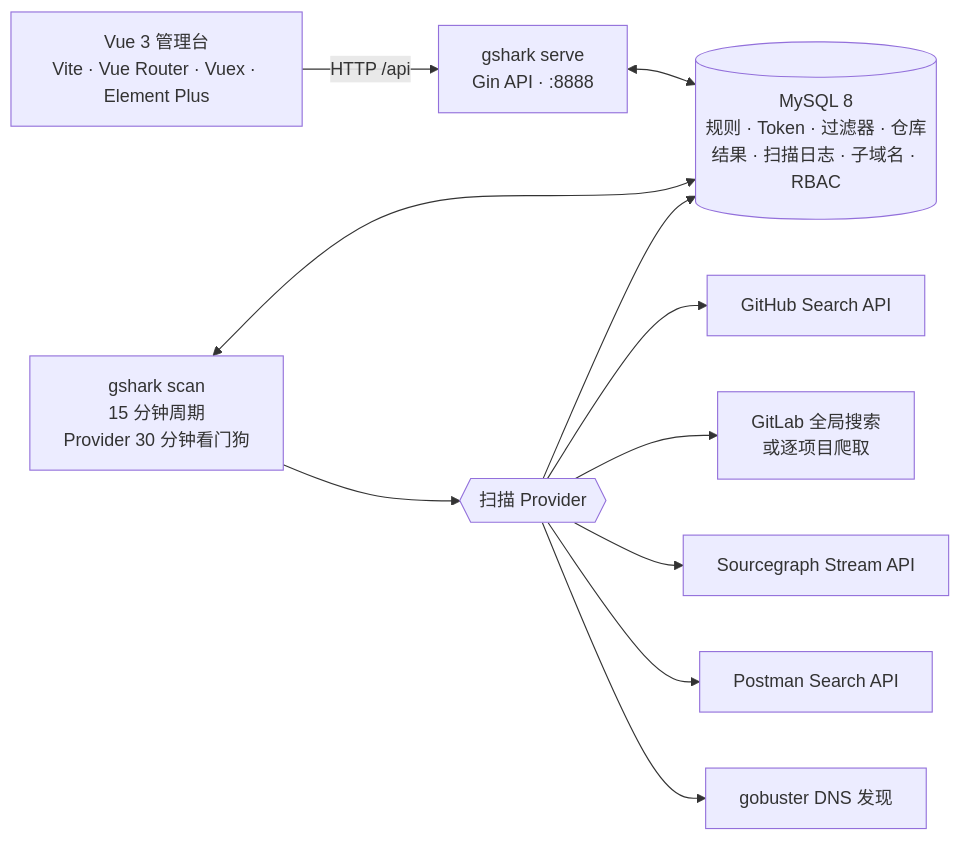
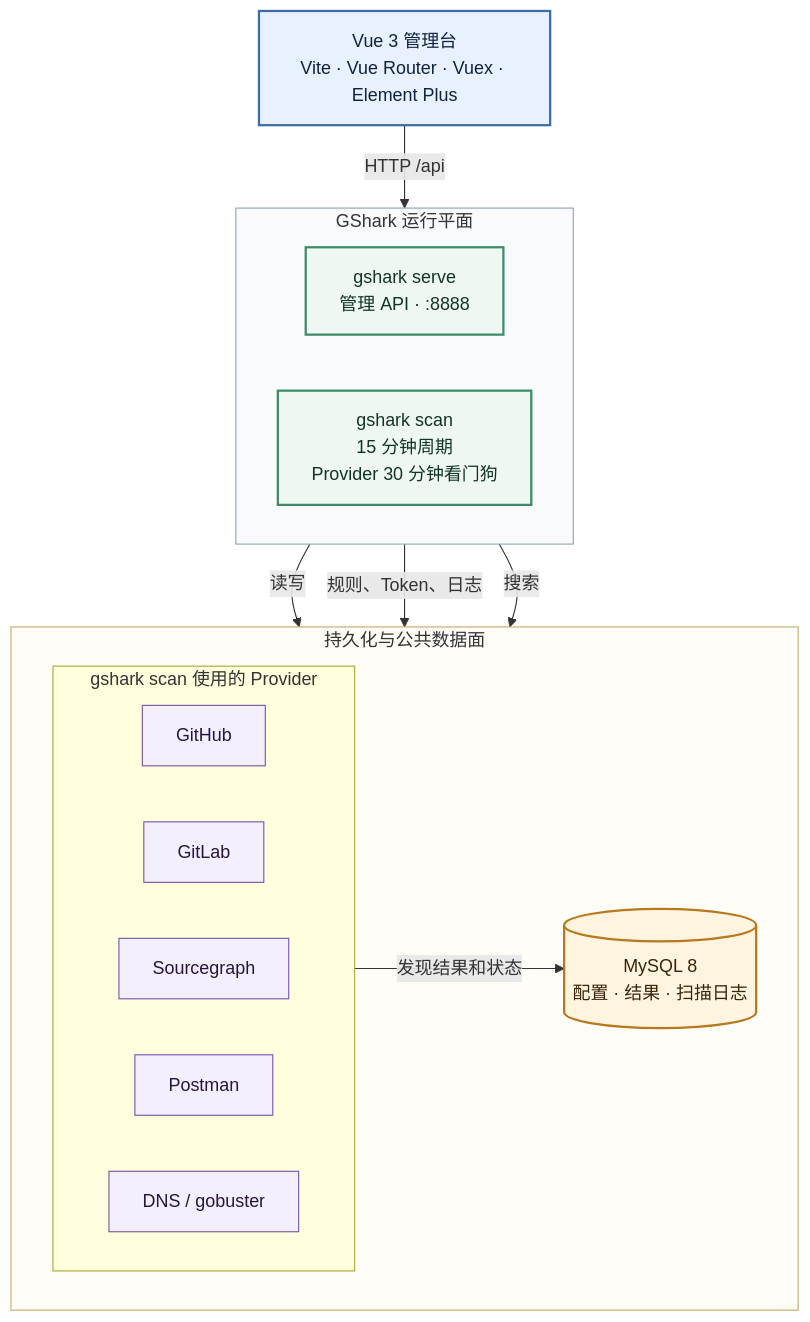
The diagram in README_CN.md (madneal/gshark), drawn with Mermaid before and after one commit. The commit also changed 1 other file, not shown here.

Commit message:
docs: clarify architecture diagram layout

````diff
--- a/README_CN.md
+++ b/README_CN.md
@@ -31,24 +31,41 @@
 ```mermaid
-flowchart LR
+flowchart TB
     console["Vue 3 管理台<br/>Vite · Vue Router · Vuex · Element Plus"]
-    serve["gshark serve<br/>Gin API · :8888"]
-    scan["gshark scan<br/>15 分钟周期<br/>Provider 30 分钟看门狗"]
-    db[("MySQL 8<br/>规则 · Token · 过滤器 · 仓库<br/>结果 · 扫描日志 · 子域名 · RBAC")]
-    providers{{"扫描 Provider"}}
-    github["GitHub Search API"]
-    gitlab["GitLab 全局搜索<br/>或逐项目爬取"]
-    sourcegraph["Sourcegraph Stream API"]
-    postman["Postman Search API"]
-    dns["gobuster DNS 发现"]
+
+    subgraph runtime["GShark 运行平面"]
+        direction LR
+        serve["gshark serve<br/>管理 API · :8888"]
+        scan["gshark scan<br/>15 分钟周期<br/>Provider 30 分钟看门狗"]
+    end
+
+    subgraph lower["持久化与公共数据面"]
+        direction LR
+        subgraph providers["gshark scan 使用的 Provider"]
+            direction LR
+            github["GitHub"]
+            gitlab["GitLab"]
+            sourcegraph["Sourcegraph"]
+            postman["Postman"]
+            dns["DNS / gobuster"]
+        end
+        db[("MySQL 8<br/>配置 · 结果 · 扫描日志")]
+    end
 
     console -->|HTTP /api| serve
-    serve <--> db
-    scan <--> db
-    scan --> providers
-    providers --> github
-    providers --> gitlab
-    providers --> sourcegraph
-    providers --> postman
-    providers --> dns
-    providers --> db
+    serve -->|读写| db
+    scan -->|规则、Token、日志| db
+    scan -->|搜索| providers
+    providers -->|发现结果和状态| db
+
+    classDef ui fill:#e8f1ff,stroke:#3b6ea8,color:#10233f,stroke-width:2px
+    classDef runtimeNode fill:#eef7f2,stroke:#3d8b68,color:#123526,stroke-width:2px
+    classDef data fill:#fff4df,stroke:#b8791d,color:#3b2508,stroke-width:2px
+    classDef provider fill:#f4efff,stroke:#7655a8,color:#26163f
+
+    class console ui
+    class serve,scan runtimeNode
+    class db data
+    class github,gitlab,sourcegraph,postman,dns provider
+    style runtime fill:#f8fafc,stroke:#94a3b8,stroke-width:1px
+    style lower fill:#fffdf8,stroke:#c8a96b,stroke-width:1px
 ```
````
